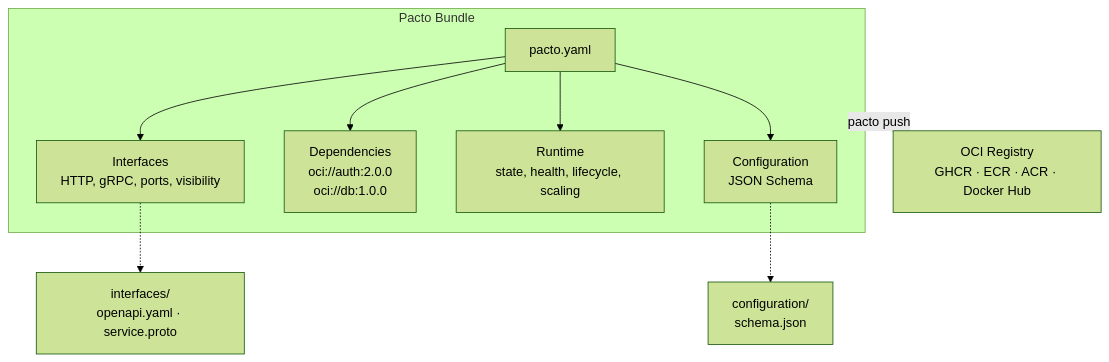
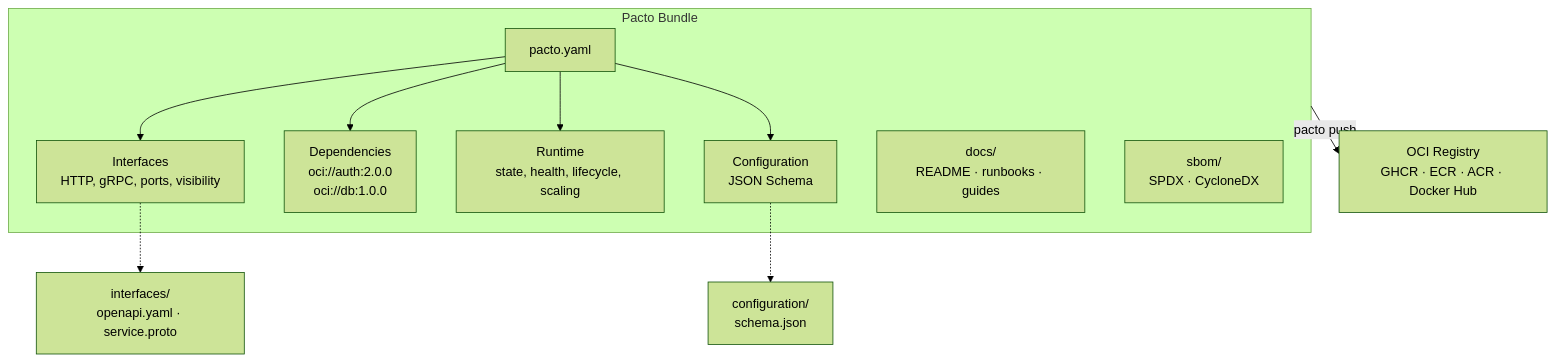
One commit to TrianaLab/pacto changed the diagram in docs/index.md. Above: the diagram before and after it, drawn with Mermaid (forest theme). The commit also changed other lines of this file and 19 other files, not shown here.

First line of the commit message:
feat: add optional SBOM support with SPDX and CycloneDX diffing (#29)

````diff
--- a/docs/index.md
+++ b/docs/index.md
@@ -150,17 +150,19 @@
 ```mermaid
 graph TD
     subgraph Bundle["Pacto Bundle"]
         YAML["pacto.yaml"]
         YAML --> Interfaces["Interfaces<br/>HTTP, gRPC, ports, visibility"]
         YAML --> Dependencies["Dependencies<br/>oci://auth:2.0.0<br/>oci://db:1.0.0"]
         YAML --> Runtime["Runtime<br/>state, health, lifecycle, scaling"]
         YAML --> Config["Configuration<br/>JSON Schema"]
+        Docs["docs/<br/>README · runbooks · guides"]
+        SBOM["sbom/<br/>SPDX · CycloneDX"]
     end
 
     IF["interfaces/<br/>openapi.yaml · service.proto"]
     CF["configuration/<br/>schema.json"]
 
     Interfaces -.-> IF
     Config -.-> CF
     Bundle -- "pacto push" --> Registry["OCI Registry<br/>GHCR · ECR · ACR · Docker Hub"]
 ```
````
